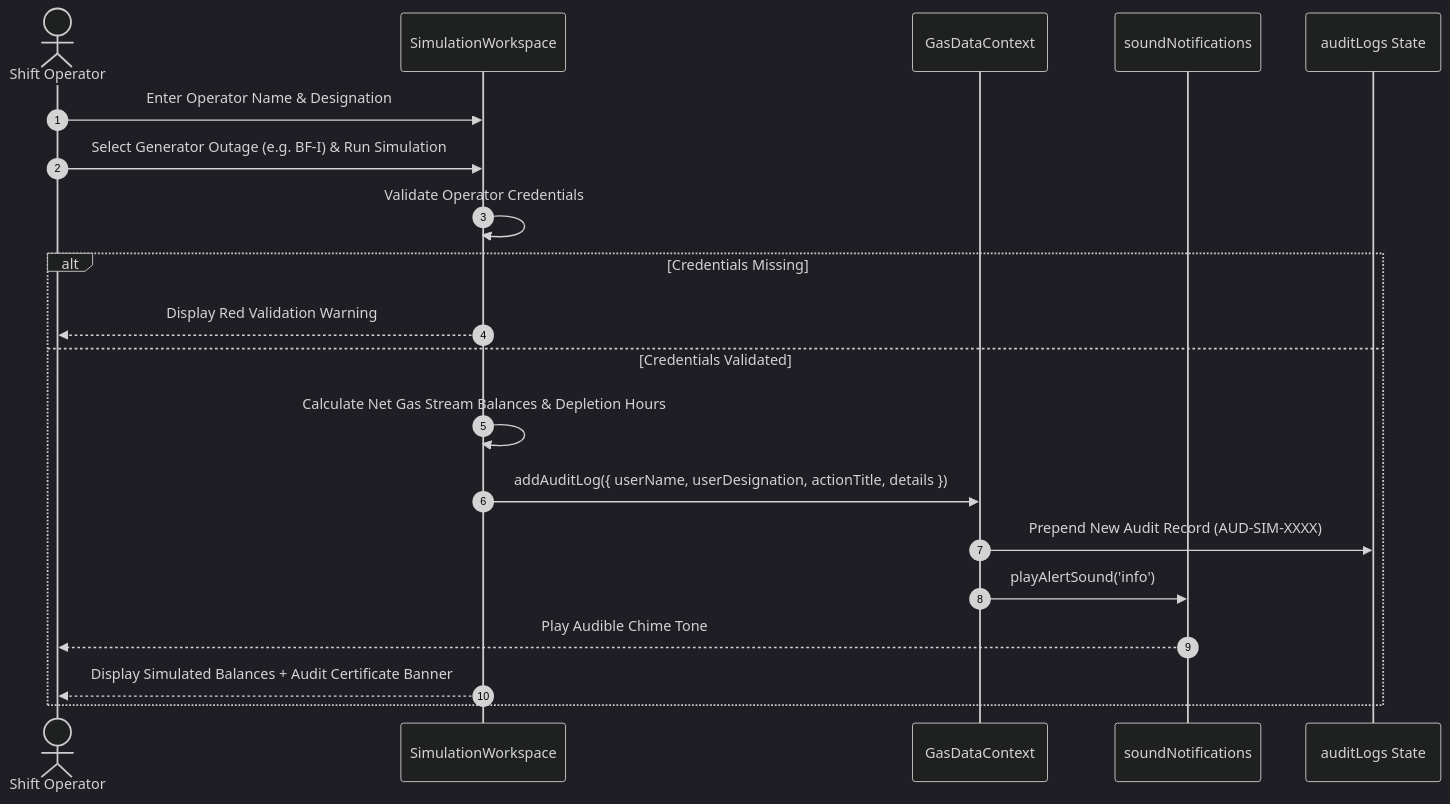
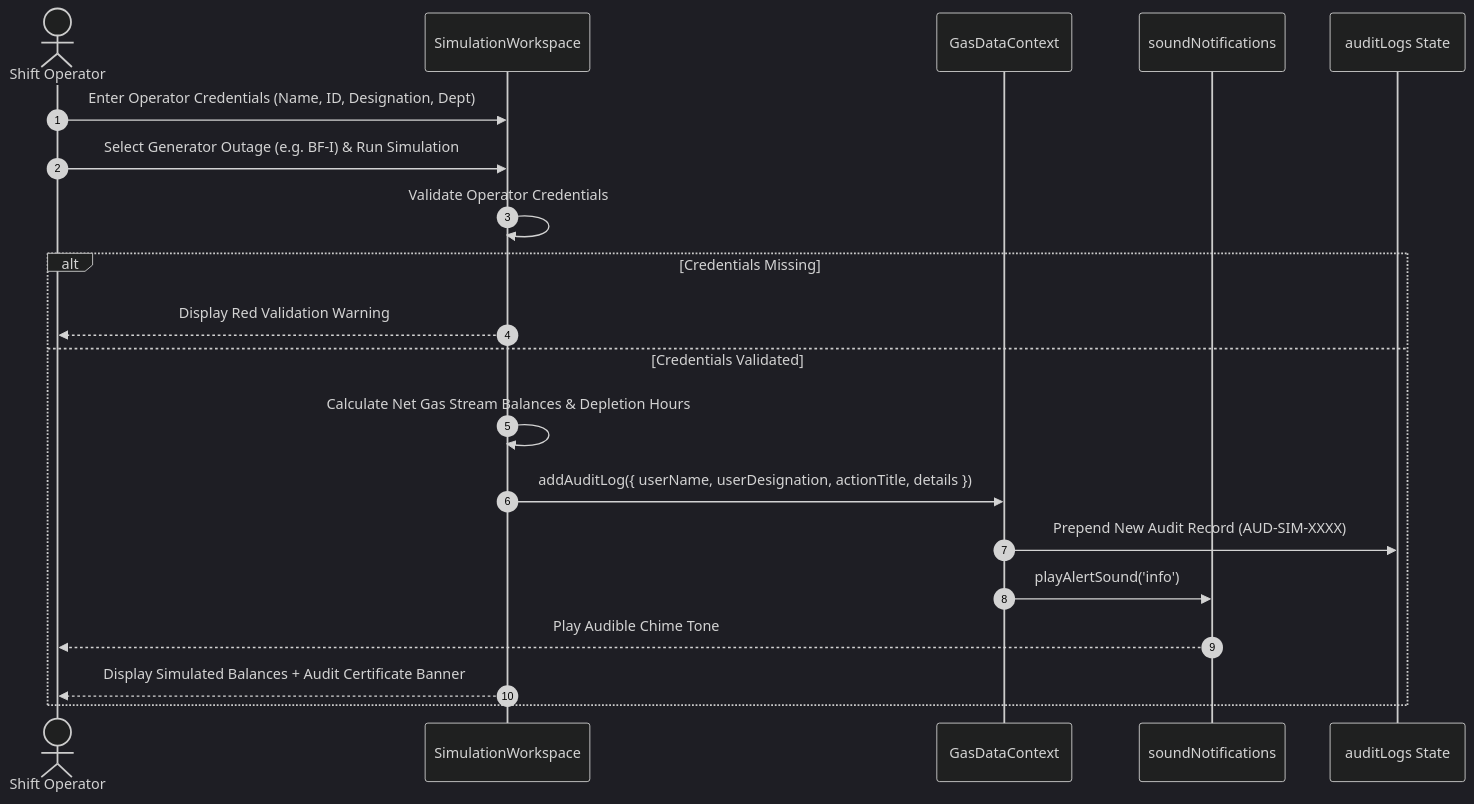
The second of 2 diagrams in docs/SYSTEM_ARCHITECTURE.md (amrit-arya/GasMind-TataSteel), drawn with Mermaid (dark theme) before and after one commit. The commit also changed other lines of this file and 12 other files, not shown here.

````diff
--- a/docs/SYSTEM_ARCHITECTURE.md
+++ b/docs/SYSTEM_ARCHITECTURE.md
@@ -71,23 +72,23 @@
 ```mermaid
 sequenceDiagram
     autonumber
     actor Operator as Shift Operator
     participant SimView as SimulationWorkspace
     participant Context as GasDataContext
     participant Sound as soundNotifications
     participant AuditStore as auditLogs State
 
-    Operator->>SimView: Enter Operator Name & Designation
+    Operator->>SimView: Enter Operator Credentials (Name, ID, Designation, Dept)
     Operator->>SimView: Select Generator Outage (e.g. BF-I) & Run Simulation
     SimView->>SimView: Validate Operator Credentials
     alt Credentials Missing
         SimView-->>Operator: Display Red Validation Warning
     else Credentials Validated
         SimView->>SimView: Calculate Net Gas Stream Balances & Depletion Hours
         SimView->>Context: addAuditLog({ userName, userDesignation, actionTitle, details })
         Context->>AuditStore: Prepend New Audit Record (AUD-SIM-XXXX)
         Context->>Sound: playAlertSound('info')
         Sound-->>Operator: Play Audible Chime Tone
         SimView-->>Operator: Display Simulated Balances + Audit Certificate Banner
     end
 ```
````
